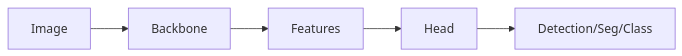
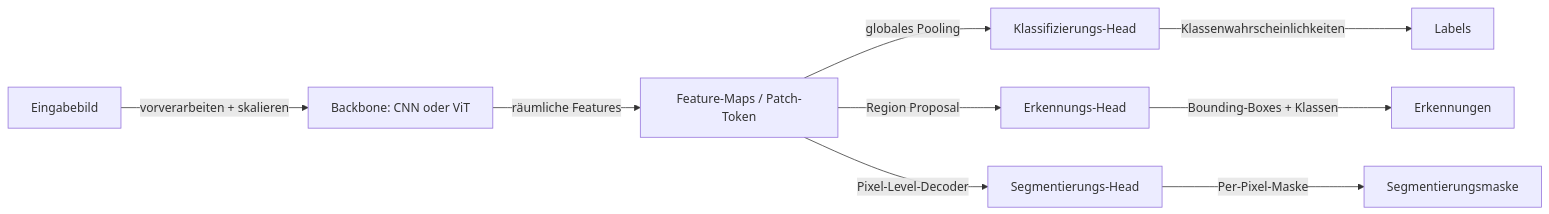
Before and after one commit to EmersonBraun/ai-summary-hub: the diagram in i18n/de/docusaurus-plugin-content-docs/current/cv/index.md, drawn with Mermaid. The commit also changed other lines of this file and 230 other files, not shown here.

````diff
--- a/i18n/de/docusaurus-plugin-content-docs/current/cv/index.md
+++ b/i18n/de/docusaurus-plugin-content-docs/current/cv/index.md
@@ -17,7 +27,11 @@
 ```mermaid
 flowchart LR
-  Image[Image] --> Backbone[Backbone]
-  Backbone --> Features[Features]
-  Features --> Head[Head]
-  Head --> Output["Detection/Seg/Class"]
+  Image[Eingabebild] -->|vorverarbeiten + skalieren| Backbone[Backbone: CNN oder ViT]
+  Backbone -->|räumliche Features| Features[Feature-Maps / Patch-Token]
+  Features -->|globales Pooling| ClsHead[Klassifizierungs-Head]
+  Features -->|Region Proposal| DetHead[Erkennungs-Head]
+  Features -->|Pixel-Level-Decoder| SegHead[Segmentierungs-Head]
+  ClsHead -->|Klassenwahrscheinlichkeiten| Labels[Labels]
+  DetHead -->|Bounding-Boxes + Klassen| Boxes[Erkennungen]
+  SegHead -->|Per-Pixel-Maske| Mask[Segmentierungsmaske]
 ```
````
